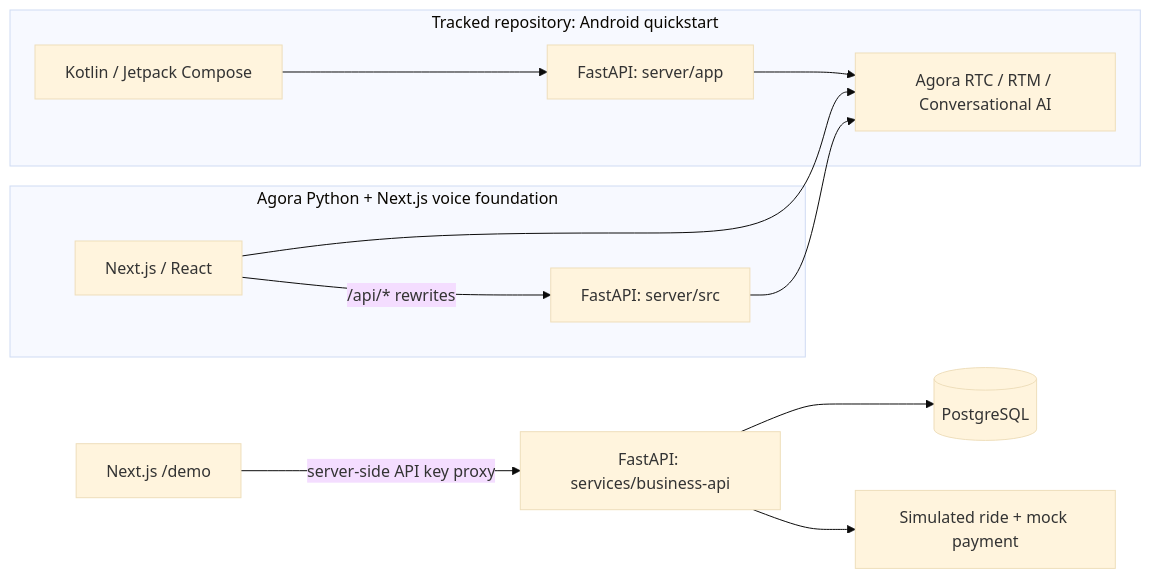
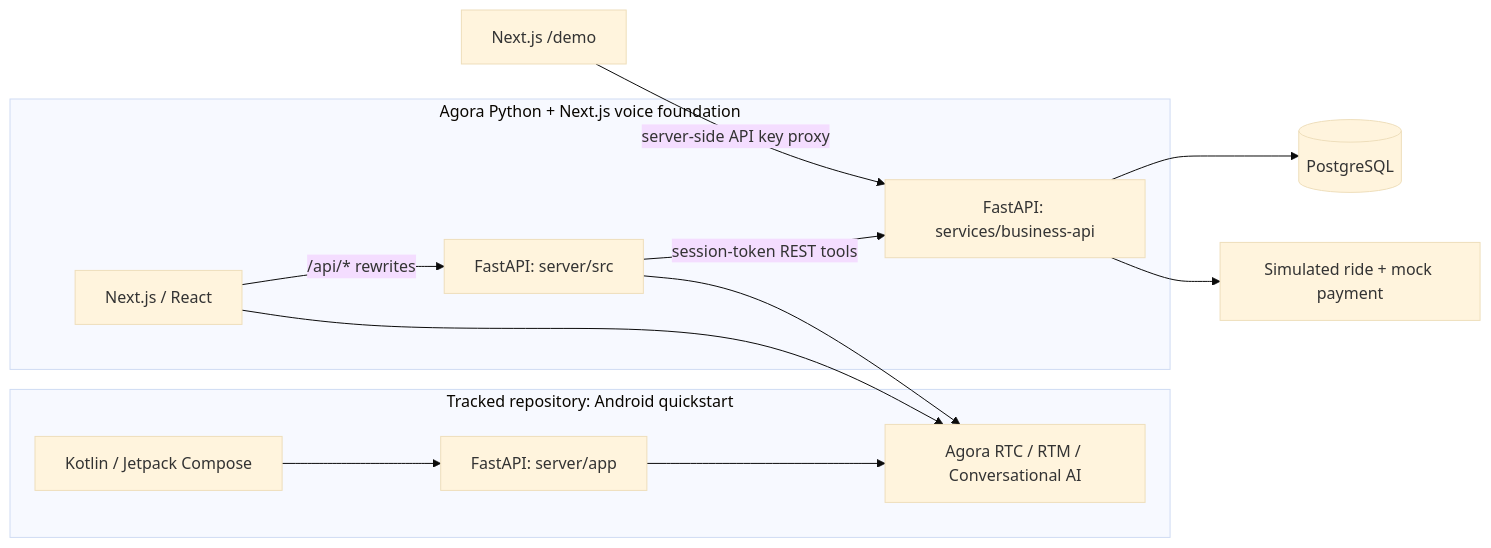
The first of 2 diagrams in ARCHITECTURE.md (Mario-World/BoloRide), drawn with Mermaid (base theme) before and after one commit. The commit also changed other lines of this file and 21 other files, not shown here.

````diff
--- a/ARCHITECTURE.md
+++ b/ARCHITECTURE.md
@@ -12,17 +13,18 @@
 ```mermaid
 flowchart LR
   subgraph Root["Tracked repository: Android quickstart"]
     Android["Kotlin / Jetpack Compose"] --> AndroidAPI["FastAPI: server/app"]
     AndroidAPI --> Agora["Agora RTC / RTM / Conversational AI"]
   end
 
   subgraph Nested["Agora Python + Next.js voice foundation"]
     Web["Next.js / React"] -->|"/api/* rewrites"| WebAPI["FastAPI: server/src"]
     Web --> Agora
     WebAPI --> Agora
+    WebAPI -->|session-token REST tools| Business["FastAPI business API"]
   end
 
   Demo["Next.js /demo"] -->|server-side API key proxy| Business["FastAPI: services/business-api"]
   Business --> Postgres[("PostgreSQL")]
   Business --> Simulator["Simulated ride + mock payment"]
 ```
````
